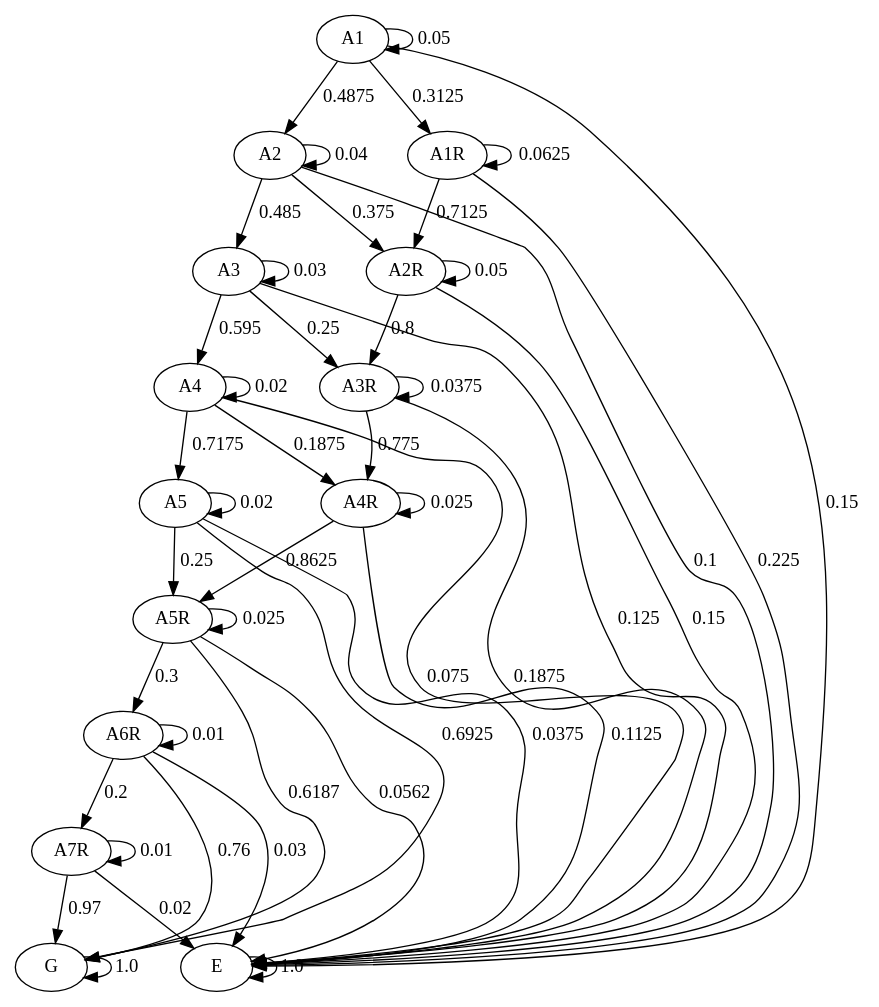
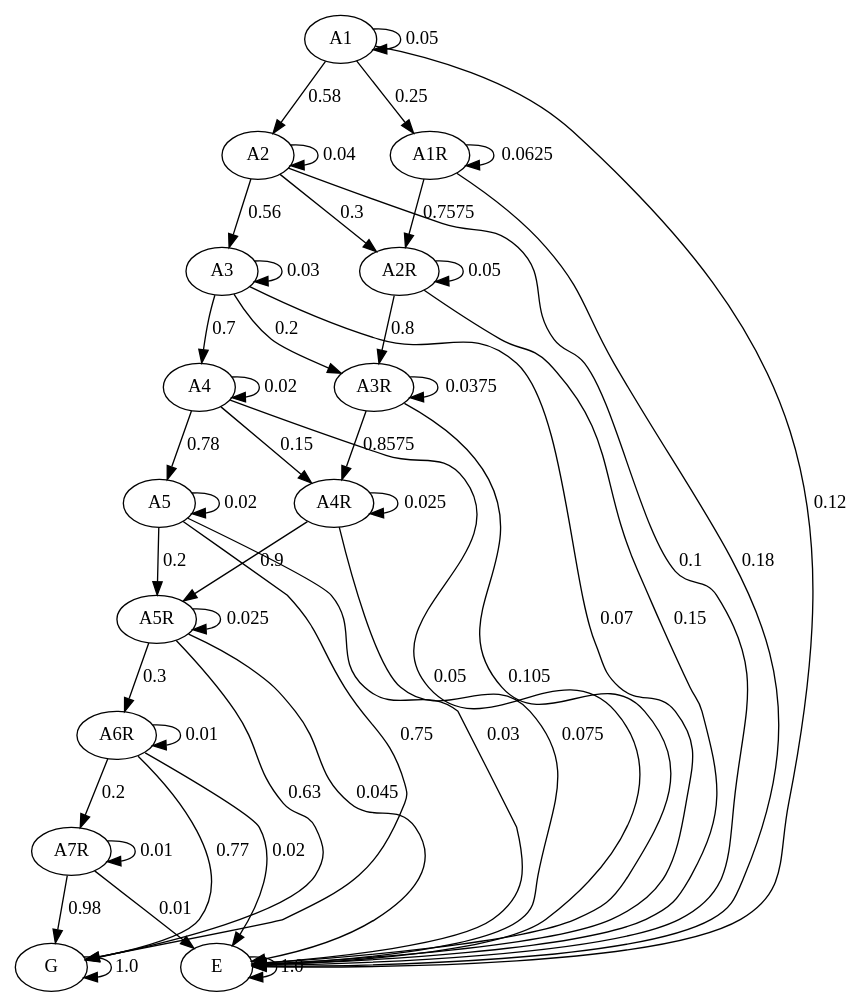
Before and after one commit to JulianaFerreira/educacao: the diagram in graph/markov.dot, drawn with Graphviz. The commit also changed 10 other files, not shown here.

```diff
--- a/graph/markov.dot
+++ b/graph/markov.dot
@@ -1,61 +1,61 @@
 digraph  {
 A1;
 A2;
 A3;
 A4;
 A5;
 A1R;
 A2R;
 A3R;
 A4R;
 A5R;
 A6R;
 A7R;
 G;
 E;
 A1 -> A1  [key=0, label="0.05", weight="0.05"];
-A1 -> A2  [key=0, label="0.4875", weight="0.4875"];
-A1 -> A1R  [key=0, label="0.3125", weight="0.3125"];
-A1 -> E  [key=0, label="0.15", weight="0.15"];
+A1 -> A2  [key=0, label="0.58", weight="0.58"];
+A1 -> A1R  [key=0, label="0.25", weight="0.25"];
+A1 -> E  [key=0, label="0.12", weight="0.12"];
 A2 -> A2  [key=0, label="0.04", weight="0.04"];
-A2 -> A3  [key=0, label="0.485", weight="0.485"];
-A2 -> A2R  [key=0, label="0.375", weight="0.375"];
+A2 -> A3  [key=0, label="0.56", weight="0.56"];
+A2 -> A2R  [key=0, label="0.3", weight="0.3"];
 A2 -> E  [key=0, label="0.1", weight="0.1"];
 A3 -> A3  [key=0, label="0.03", weight="0.03"];
-A3 -> A4  [key=0, label="0.595", weight="0.595"];
-A3 -> A3R  [key=0, label="0.25", weight="0.25"];
-A3 -> E  [key=0, label="0.125", weight="0.125"];
+A3 -> A4  [key=0, label="0.7", weight="0.7"];
+A3 -> A3R  [key=0, label="0.2", weight="0.2"];
+A3 -> E  [key=0, label="0.07", weight="0.07"];
 A4 -> A4  [key=0, label="0.02", weight="0.02"];
-A4 -> A5  [key=0, label="0.7175", weight="0.7175"];
-A4 -> A4R  [key=0, label="0.1875", weight="0.1875"];
-A4 -> E  [key=0, label="0.075", weight="0.075"];
+A4 -> A5  [key=0, label="0.78", weight="0.78"];
+A4 -> A4R  [key=0, label="0.15", weight="0.15"];
+A4 -> E  [key=0, label="0.05", weight="0.05"];
 A5 -> A5  [key=0, label="0.02", weight="0.02"];
-A5 -> A5R  [key=0, label="0.25", weight="0.25"];
-A5 -> G  [key=0, label="0.6925", weight="0.6925"];
-A5 -> E  [key=0, label="0.0375", weight="0.0375"];
+A5 -> A5R  [key=0, label="0.2", weight="0.2"];
+A5 -> G  [key=0, label="0.75", weight="0.75"];
+A5 -> E  [key=0, label="0.03", weight="0.03"];
 A1R -> A1R  [key=0, label="0.0625", weight="0.0625"];
-A1R -> A2R  [key=0, label="0.7125", weight="0.7125"];
-A1R -> E  [key=0, label="0.225", weight="0.225"];
+A1R -> A2R  [key=0, label="0.7575", weight="0.7575"];
+A1R -> E  [key=0, label="0.18", weight="0.18"];
 A2R -> A2R  [key=0, label="0.05", weight="0.05"];
 A2R -> A3R  [key=0, label="0.8", weight="0.8"];
 A2R -> E  [key=0, label="0.15", weight="0.15"];
 A3R -> A3R  [key=0, label="0.0375", weight="0.0375"];
-A3R -> A4R  [key=0, label="0.775", weight="0.775"];
-A3R -> E  [key=0, label="0.1875", weight="0.1875"];
+A3R -> A4R  [key=0, label="0.8575", weight="0.8575"];
+A3R -> E  [key=0, label="0.105", weight="0.105"];
 A4R -> A4R  [key=0, label="0.025", weight="0.025"];
-A4R -> A5R  [key=0, label="0.8625", weight="0.8625"];
-A4R -> E  [key=0, label="0.1125", weight="0.1125"];
+A4R -> A5R  [key=0, label="0.9", weight="0.9"];
+A4R -> E  [key=0, label="0.075", weight="0.075"];
 A5R -> A5R  [key=0, label="0.025", weight="0.025"];
 A5R -> A6R  [key=0, label="0.3", weight="0.3"];
-A5R -> G  [key=0, label="0.6187", weight="0.6187"];
-A5R -> E  [key=0, label="0.0562", weight="0.0562"];
+A5R -> G  [key=0, label="0.63", weight="0.63"];
+A5R -> E  [key=0, label="0.045", weight="0.045"];
 A6R -> A6R  [key=0, label="0.01", weight="0.01"];
 A6R -> A7R  [key=0, label="0.2", weight="0.2"];
-A6R -> G  [key=0, label="0.76", weight="0.76"];
-A6R -> E  [key=0, label="0.03", weight="0.03"];
+A6R -> G  [key=0, label="0.77", weight="0.77"];
+A6R -> E  [key=0, label="0.02", weight="0.02"];
 A7R -> A7R  [key=0, label="0.01", weight="0.01"];
-A7R -> G  [key=0, label="0.97", weight="0.97"];
-A7R -> E  [key=0, label="0.02", weight="0.02"];
+A7R -> G  [key=0, label="0.98", weight="0.98"];
+A7R -> E  [key=0, label="0.01", weight="0.01"];
 G -> G  [key=0, label="1.0", weight="1.0"];
 E -> E  [key=0, label="1.0", weight="1.0"];
 }
```
